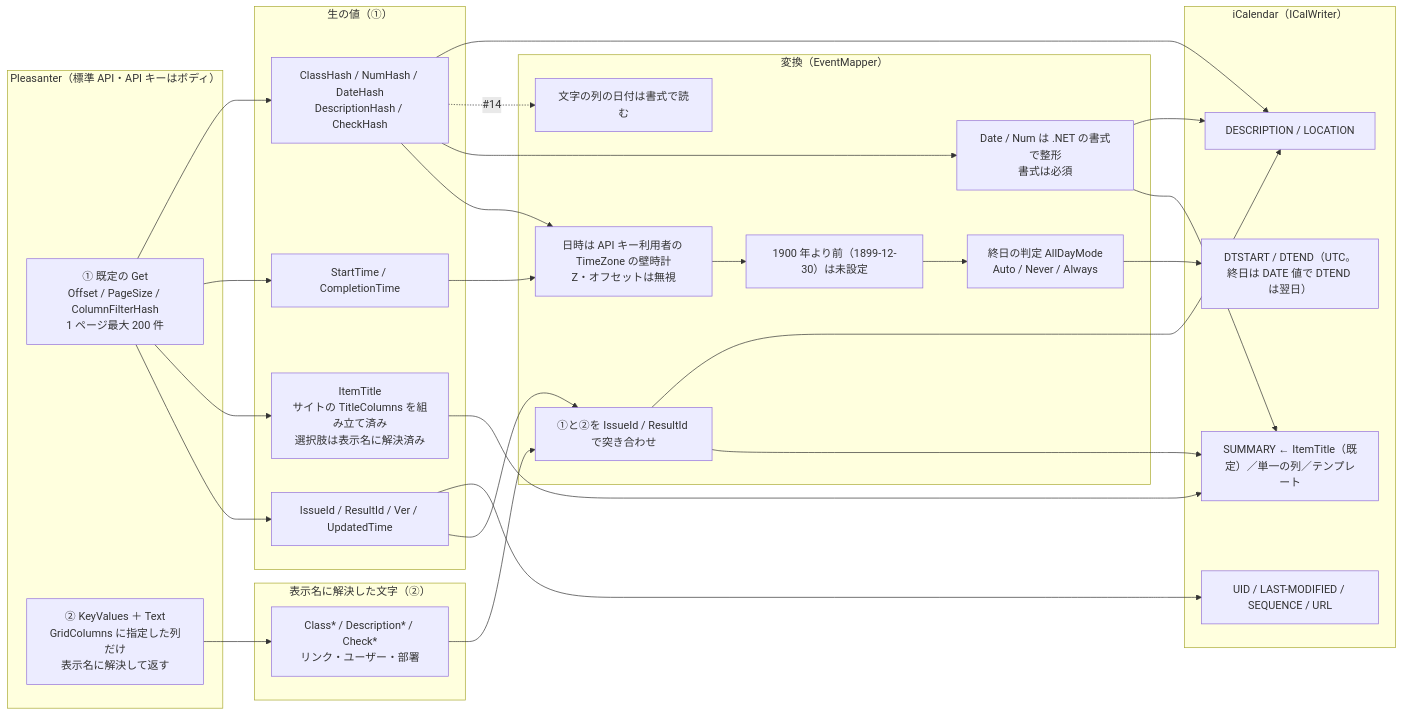
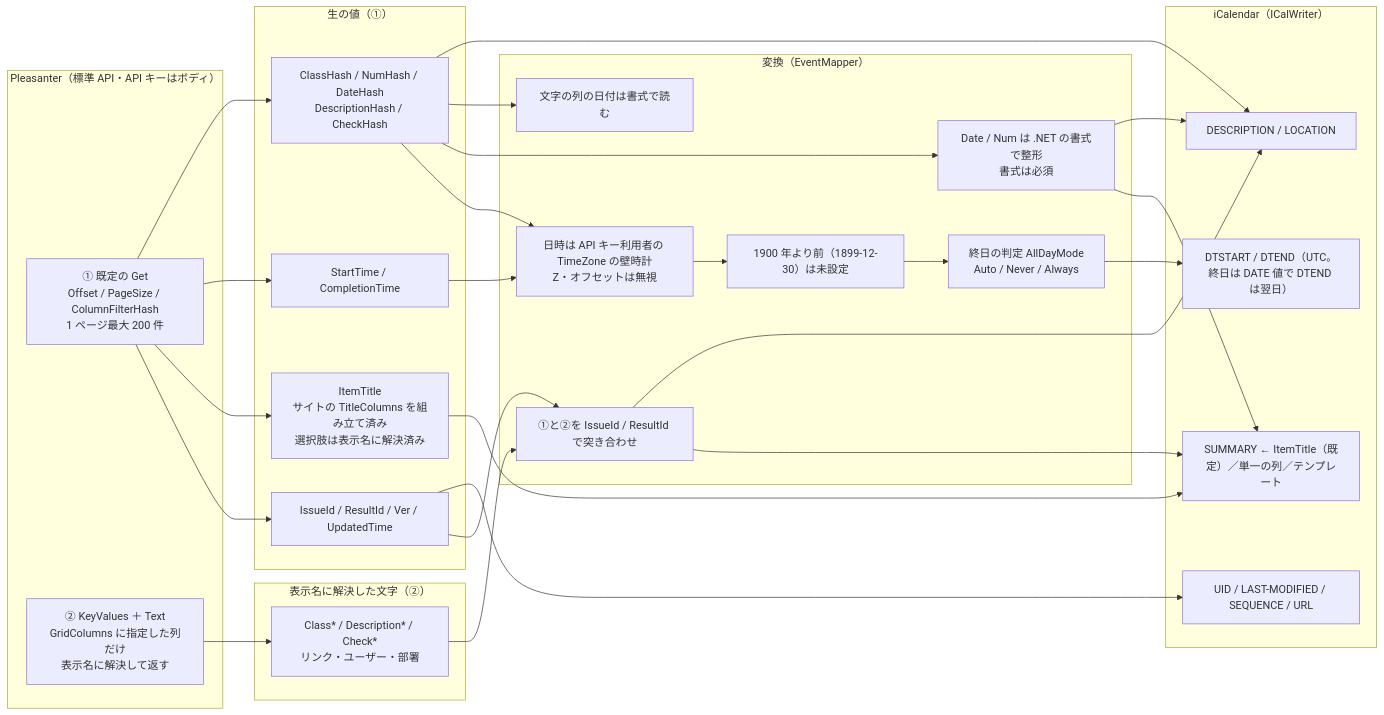
One commit to vehiclevisionjp/VehicleVision.PleasanterTools.CalendarFeed changed the second of 3 diagrams in _documents/アーキテクチャ方針.md. Above: the diagram before and after it, drawn with Mermaid. The commit also changed other lines of this file and 1 other file, not shown here.

First line of the commit message:
文字の列の日付の実機結果を記録し、方針書の図を実線へ直す

````diff
--- a/_documents/アーキテクチャ方針.md
+++ b/_documents/アーキテクチャ方針.md
@@ -149,50 +152,50 @@
 ```mermaid
 flowchart LR
     subgraph SRC["Pleasanter（標準 API・API キーはボディ）"]
         G["① 既定の Get<br/>Offset / PageSize / ColumnFilterHash<br/>1 ページ最大 200 件"]
         K["② KeyValues ＋ Text<br/>GridColumns に指定した列だけ<br/>表示名に解決して返す"]
     end
 
     subgraph RAW["生の値（①）"]
         ID["IssueId / ResultId / Ver / UpdatedTime"]
         IT["ItemTitle<br/>サイトの TitleColumns を組み立て済み<br/>選択肢は表示名に解決済み"]
         TM["StartTime / CompletionTime"]
         TY["ClassHash / NumHash / DateHash<br/>DescriptionHash / CheckHash"]
     end
 
     subgraph TXT["表示名に解決した文字（②）"]
         CL["Class* / Description* / Check*<br/>リンク・ユーザー・部署"]
     end
 
     G --> ID & IT & TM & TY
     K --> CL
 
     subgraph CONV["変換（EventMapper）"]
         TZ["日時は API キー利用者の TimeZone の壁時計<br/>Z・オフセットは無視"]
         UN["1900 年より前（1899-12-30）は未設定"]
         AD["終日の判定 AllDayMode<br/>Auto / Never / Always"]
         FM["Date / Num は .NET の書式で整形<br/>書式は必須"]
         PS["文字の列の日付は書式で読む"]
         JN["①と②を IssueId / ResultId で突き合わせ"]
     end
 
     TM & TY --> TZ --> UN --> AD
     TY --> FM
-    TY -.->|"#14"| PS
+    TY --> PS
     CL --> JN
     ID --> JN
 
     subgraph OUT["iCalendar（ICalWriter）"]
         SUM["SUMMARY ← ItemTitle（既定）／単一の列／テンプレート"]
         DT["DTSTART / DTEND（UTC。終日は DATE 値で DTEND は翌日）"]
         DS["DESCRIPTION / LOCATION"]
         MT["UID / LAST-MODIFIED / SEQUENCE / URL"]
     end
 
     IT --> SUM
     AD --> DT
     TY --> DS
     FM --> SUM & DS
     JN --> SUM & DS
     ID --> MT
 ```
````
